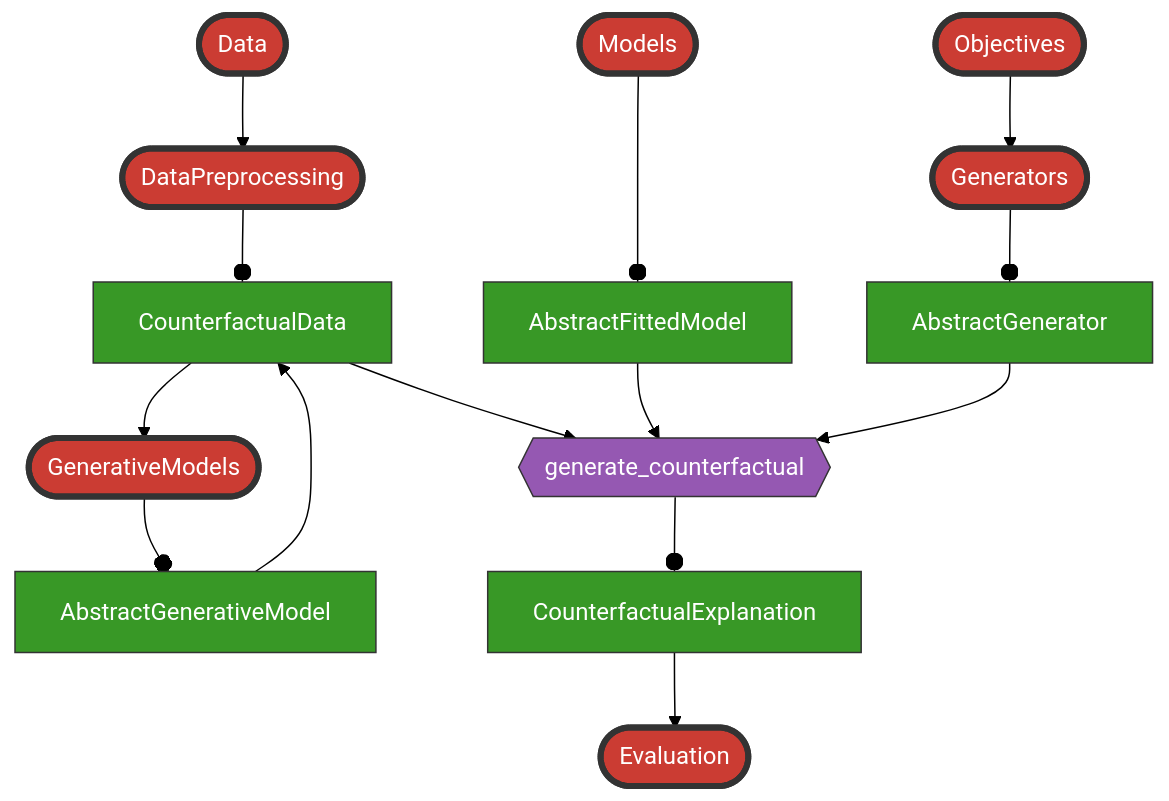
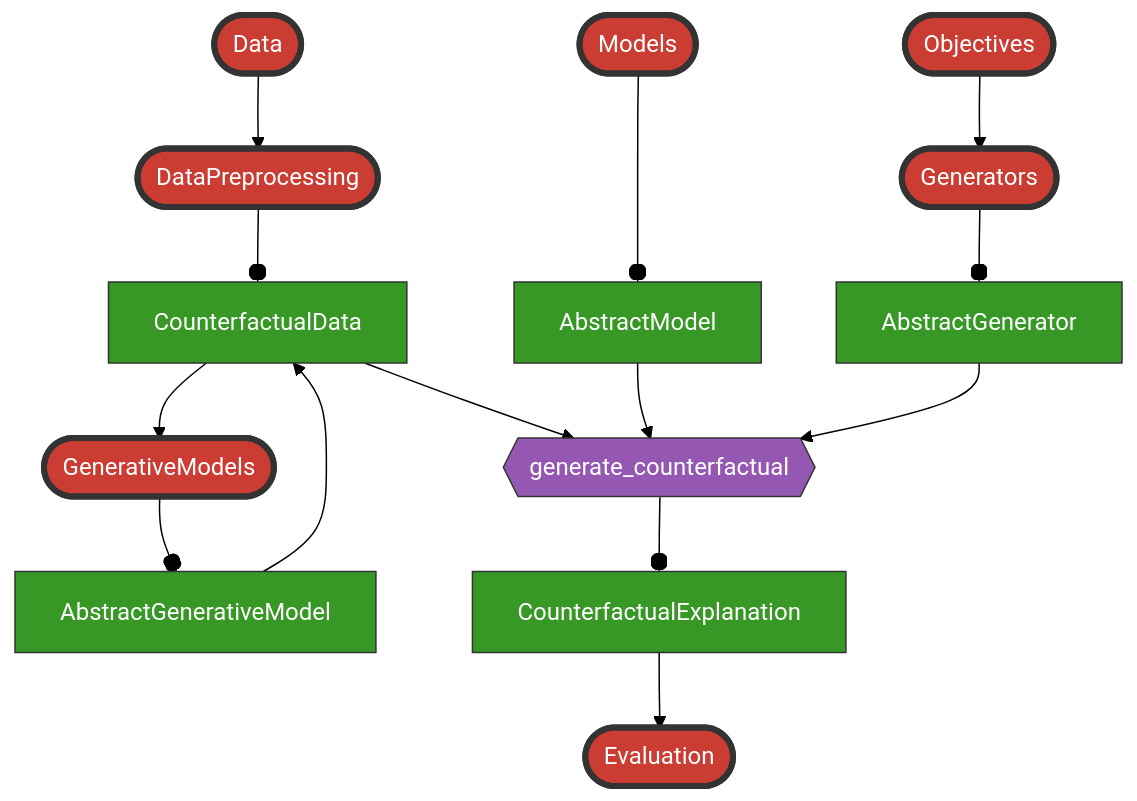
Before and after one commit to JuliaTrustworthyAI/CounterfactualExplanations.jl: the diagram in dev/resources/pkg_architecture.mmd, drawn with Mermaid (forest theme). The commit also changed 35 other files, not shown here.

```diff
--- a/dev/resources/pkg_architecture.mmd
+++ b/dev/resources/pkg_architecture.mmd
@@ -1,43 +1,43 @@
 flowchart TB
     
     classDef module fill:#cb3c33,stroke:#333,color:#fff,stroke-width:4px;
     classDef struct fill:#389826,stroke:#333,color:#fff;
     classDef funct fill:#9558b2,stroke:#333,color:#fff;
     %% classDef default font-size:36px,height:60px;
 
     %% Components
     data(["Data"])
     generative(["GenerativeModels"])
     vae["AbstractGenerativeModel"]
     data_pre(["DataPreprocessing"])
     c_data["CounterfactualData"]
     models(["Models"])
-    model["AbstractFittedModel"]
+    model["AbstractModel"]
     generators(["Generators"])
     generator["AbstractGenerator"]
     generate_counterfactual{{"generate_counterfactual"}}
     ce["CounterfactualExplanation"]
     eval(["Evaluation"])
     obj(["Objectives"])
 
     class vae,c_data,model,generator,ce struct;
     class data,generative,data_pre,models,generators,eval,obj module;
     class generate_counterfactual funct;
 
     %% Graph
     data --> data_pre
     data_pre --o c_data
     c_data --> generative 
     generative --o vae
     vae ---> c_data
 
     models ---o model
 
     obj --> generators
     generators --o generator
 
     c_data & model & generator --> generate_counterfactual
 
     generate_counterfactual --o ce
 
     ce --> eval
```
